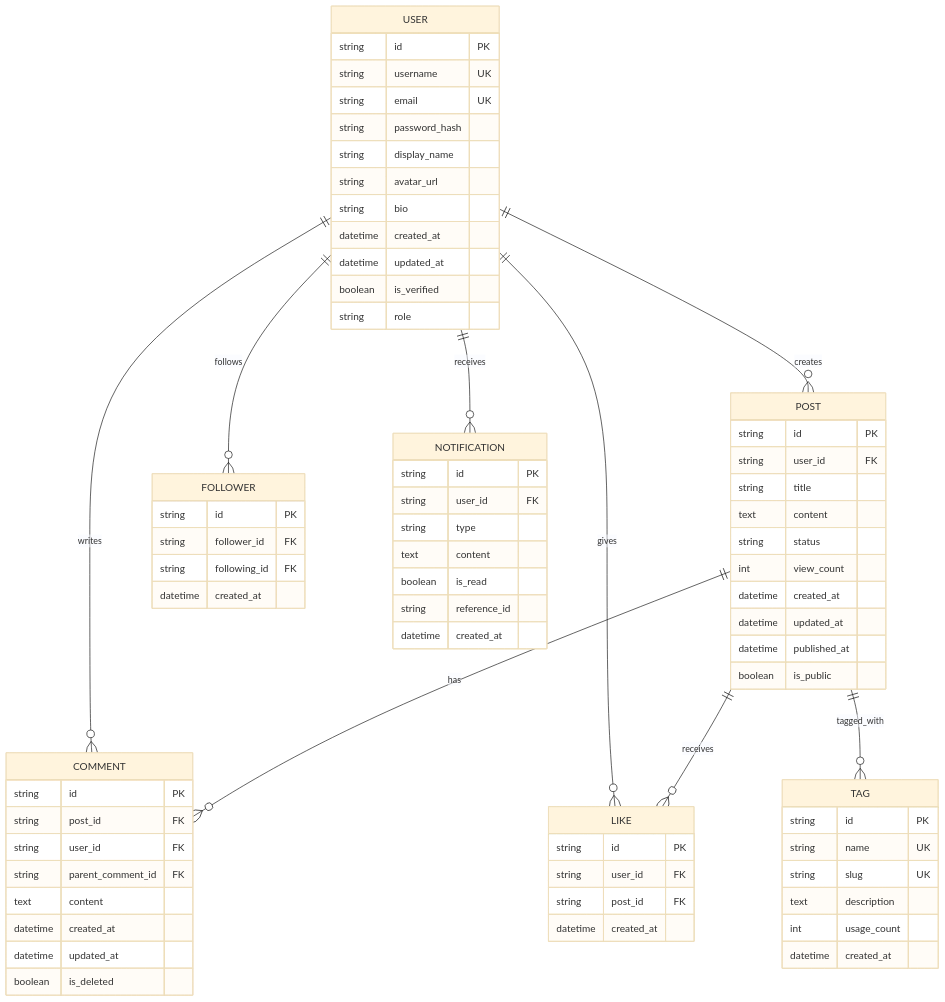
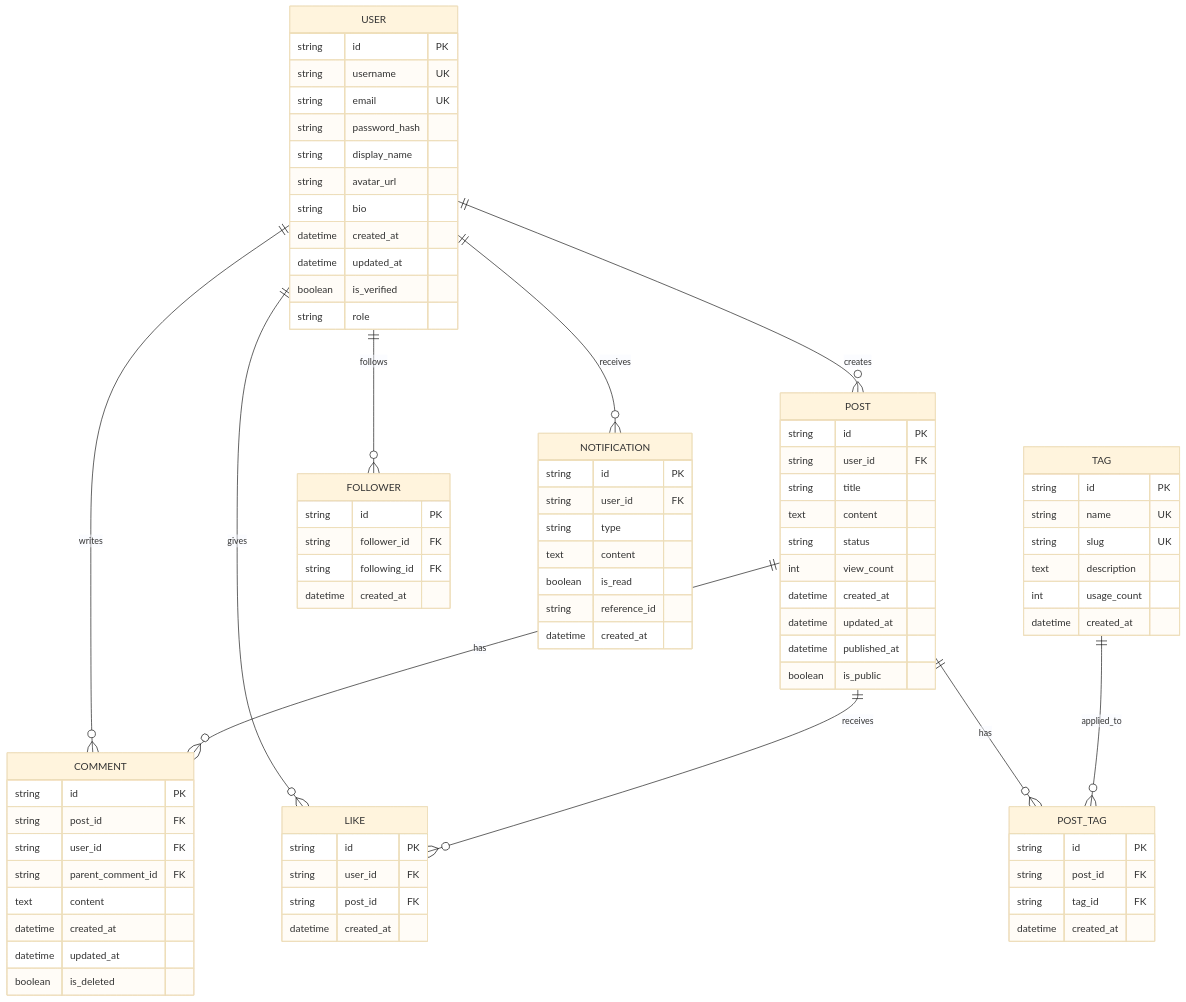
One commit to 7Spade/ng-gighub changed the diagram in docs/architecture/diagrams/erd.md. Above: the diagram before and after it, drawn with Mermaid (base theme). The commit also changed other lines of this file and 1 other file, not shown here.

Commit message:
Fix ERD many-to-many relationship and add 2FA validation

```diff
--- a/docs/architecture/diagrams/erd.md
+++ b/docs/architecture/diagrams/erd.md
@@ -11,7 +11,8 @@
     USER ||--o{ LIKE : gives
     POST ||--o{ COMMENT : has
     POST ||--o{ LIKE : receives
-    POST ||--o{ TAG : tagged_with
+    POST ||--o{ POST_TAG : has
+    TAG ||--o{ POST_TAG : applied_to
     USER ||--o{ FOLLOWER : follows
     USER ||--o{ NOTIFICATION : receives
     
@@ -69,6 +70,13 @@
         datetime created_at
     }
     
+    POST_TAG {
+        string id PK
+        string post_id FK
+        string tag_id FK
+        datetime created_at
+    }
+    
     FOLLOWER {
         string id PK
         string follower_id FK
```
